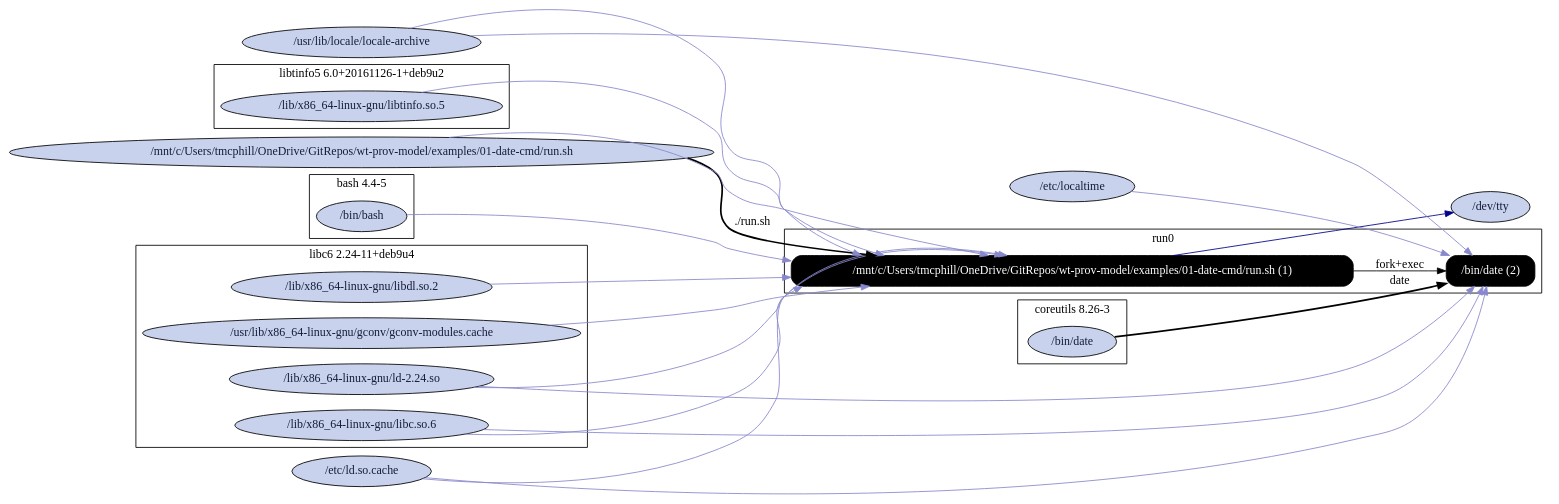
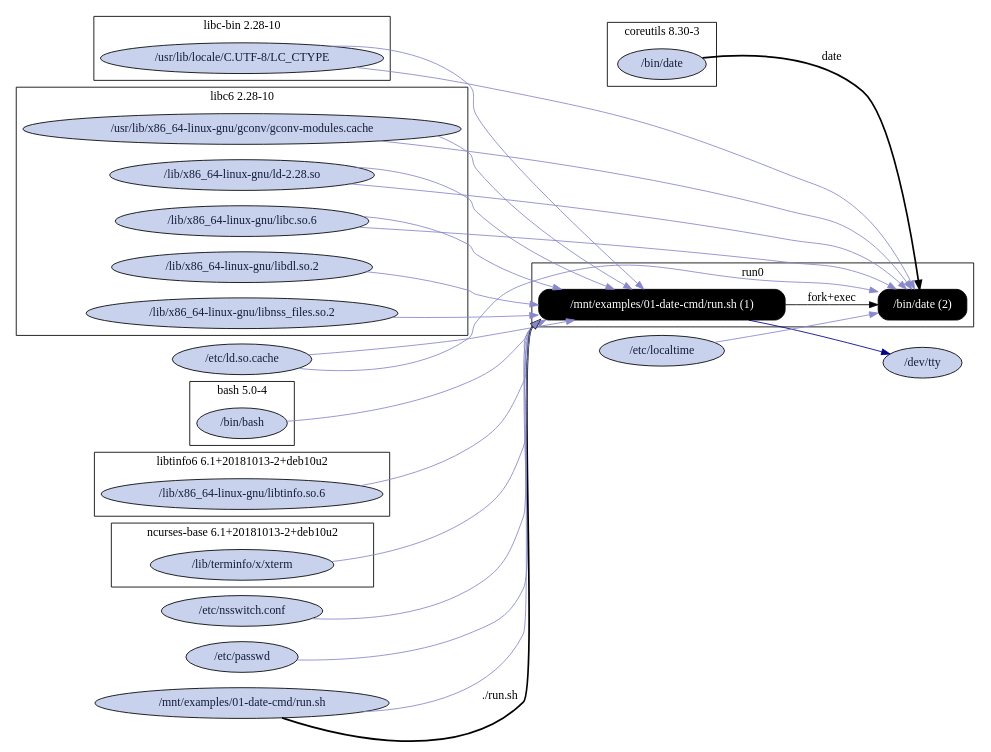
One commit to CIRSS/cpr changed the diagram in examples/01-date-cmd/graphs/rpz_E_processes_with_all_files_and_packages.dot. Above: the diagram before and after it, drawn with Graphviz. The commit also changed 129 other files, not shown here.

Commit message:
Examples now all run via Docker image

```diff
--- a/examples/01-date-cmd/graphs/rpz_E_processes_with_all_files_and_packages.dot
+++ b/examples/01-date-cmd/graphs/rpz_E_processes_with_all_files_and_packages.dot
@@ -1,60 +1,75 @@
 digraph G {
     rankdir=LR;
 
     /* programs */
     node [shape=box fontcolor=white fillcolor=black style="filled,rounded"];
     subgraph cluster_run0 {
         label="run0";
-        prog0 [label="/mnt/c/Users/tmcphill/OneDrive/GitRepos/wt-prov-model/examples/01-date-cmd/run.sh (1)"];
+        prog0 [label="/mnt/examples/01-date-cmd/run.sh (1)"];
         prog1 [label="/bin/date (2)"];
         prog0 -> prog1 [label="fork+exec"];
     }
 
     node [shape=ellipse fontcolor="#131C39" fillcolor="#C9D2ED"];
 
     /* system packages */
     subgraph cluster_pkg0 {
-        label="bash 4.4-5";
+        label="bash 5.0-4";
         "/bin/bash";
     }
     subgraph cluster_pkg1 {
-        label="coreutils 8.26-3";
+        label="coreutils 8.30-3";
         "/bin/date";
     }
     subgraph cluster_pkg2 {
-        label="libc6 2.24-11+deb9u4";
-        "/lib/x86_64-linux-gnu/ld-2.24.so";
+        label="libc-bin 2.28-10";
+        "/usr/lib/locale/C.UTF-8/LC_CTYPE";
+    }
+    subgraph cluster_pkg3 {
+        label="libc6 2.28-10";
+        "/lib/x86_64-linux-gnu/ld-2.28.so";
         "/lib/x86_64-linux-gnu/libc.so.6";
         "/lib/x86_64-linux-gnu/libdl.so.2";
+        "/lib/x86_64-linux-gnu/libnss_files.so.2";
         "/usr/lib/x86_64-linux-gnu/gconv/gconv-modules.cache";
     }
-    subgraph cluster_pkg3 {
-        label="libtinfo5 6.0+20161126-1+deb9u2";
-        "/lib/x86_64-linux-gnu/libtinfo.so.5";
+    subgraph cluster_pkg4 {
+        label="libtinfo6 6.1+20181013-2+deb10u2";
+        "/lib/x86_64-linux-gnu/libtinfo.so.6";
+    }
+    subgraph cluster_pkg5 {
+        label="ncurses-base 6.1+20181013-2+deb10u2";
+        "/lib/terminfo/x/xterm";
     }
 
     /* other files */
     "/dev/tty";
     "/etc/ld.so.cache";
     "/etc/localtime";
-    "/mnt/c/Users/tmcphill/OneDrive/GitRepos/wt-prov-model/examples/01-date-cmd/run.sh";
-    "/usr/lib/locale/locale-archive";
+    "/etc/nsswitch.conf";
+    "/etc/passwd";
+    "/mnt/examples/01-date-cmd/run.sh";
 
-    "/mnt/c/Users/tmcphill/OneDrive/GitRepos/wt-prov-model/examples/01-date-cmd/run.sh" -> prog0 [style=bold, label="./run.sh"];
+    "/mnt/examples/01-date-cmd/run.sh" -> prog0 [style=bold, label="./run.sh"];
     "/bin/bash" -> prog0 [color="#8888CC"];
-    "/lib/x86_64-linux-gnu/ld-2.24.so" -> prog0 [color="#8888CC"];
+    "/lib/x86_64-linux-gnu/ld-2.28.so" -> prog0 [color="#8888CC"];
     "/etc/ld.so.cache" -> prog0 [color="#8888CC"];
-    "/lib/x86_64-linux-gnu/libtinfo.so.5" -> prog0 [color="#8888CC"];
+    "/lib/x86_64-linux-gnu/libtinfo.so.6" -> prog0 [color="#8888CC"];
     "/lib/x86_64-linux-gnu/libdl.so.2" -> prog0 [color="#8888CC"];
     "/lib/x86_64-linux-gnu/libc.so.6" -> prog0 [color="#8888CC"];
     prog0 -> "/dev/tty" [color="#000088"];
-    "/usr/lib/locale/locale-archive" -> prog0 [color="#8888CC"];
+    "/usr/lib/locale/C.UTF-8/LC_CTYPE" -> prog0 [color="#8888CC"];
     "/usr/lib/x86_64-linux-gnu/gconv/gconv-modules.cache" -> prog0 [color="#8888CC"];
-    "/mnt/c/Users/tmcphill/OneDrive/GitRepos/wt-prov-model/examples/01-date-cmd/run.sh" -> prog0 [color="#8888CC"];
+    "/etc/nsswitch.conf" -> prog0 [color="#8888CC"];
+    "/lib/x86_64-linux-gnu/libnss_files.so.2" -> prog0 [color="#8888CC"];
+    "/etc/passwd" -> prog0 [color="#8888CC"];
+    "/mnt/examples/01-date-cmd/run.sh" -> prog0 [color="#8888CC"];
     "/bin/date" -> prog1 [style=bold, label="date"];
-    "/lib/x86_64-linux-gnu/ld-2.24.so" -> prog1 [color="#8888CC"];
+    "/lib/x86_64-linux-gnu/ld-2.28.so" -> prog1 [color="#8888CC"];
     "/etc/ld.so.cache" -> prog1 [color="#8888CC"];
     "/lib/x86_64-linux-gnu/libc.so.6" -> prog1 [color="#8888CC"];
-    "/usr/lib/locale/locale-archive" -> prog1 [color="#8888CC"];
+    "/usr/lib/locale/C.UTF-8/LC_CTYPE" -> prog1 [color="#8888CC"];
+    "/usr/lib/x86_64-linux-gnu/gconv/gconv-modules.cache" -> prog1 [color="#8888CC"];
     "/etc/localtime" -> prog1 [color="#8888CC"];
+    "/lib/terminfo/x/xterm" -> prog0 [color="#8888CC"];
 }
```
